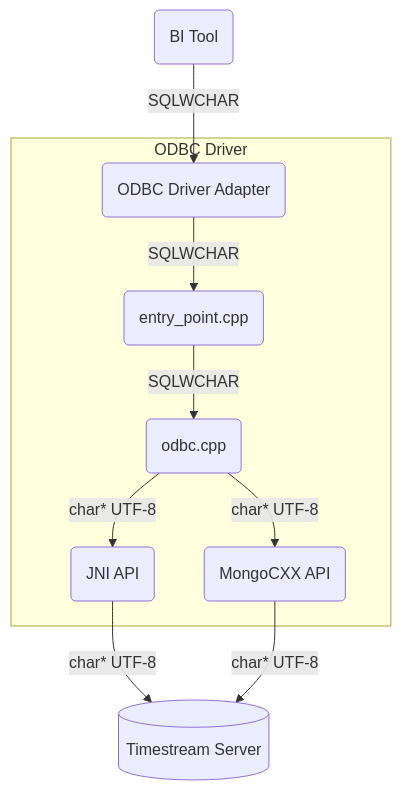
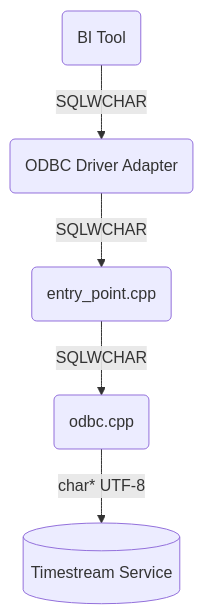
The diagram in docs/markdown/support/unicode-support.md (Bit-Quill/amazon-timestream-odbc-driver), drawn with Mermaid before and after one commit. The commit also changed other lines of this file and 121 other files, not shown here.

````diff
--- a/docs/markdown/support/unicode-support.md
+++ b/docs/markdown/support/unicode-support.md
@@ -19,12 +19,7 @@
 ```mermaid
 graph TD
     A(BI Tool) -- SQLWCHAR --> B(ODBC Driver Adapter)
-    subgraph Driver [ODBC Driver]
     B -- SQLWCHAR --> C(entry_point.cpp)
     C -- SQLWCHAR --> D(odbc.cpp)
-    D -- char* UTF-8 --> E(JNI API)
-    D -- char* UTF-8 --> F(MongoCXX API)
-    end
-    E -- char* UTF-8 --> G[(Timestream Server)]
-    F -- char* UTF-8 --> G
+    D -- char* UTF-8 --> E[(Timestream Service)]
 ```
````
